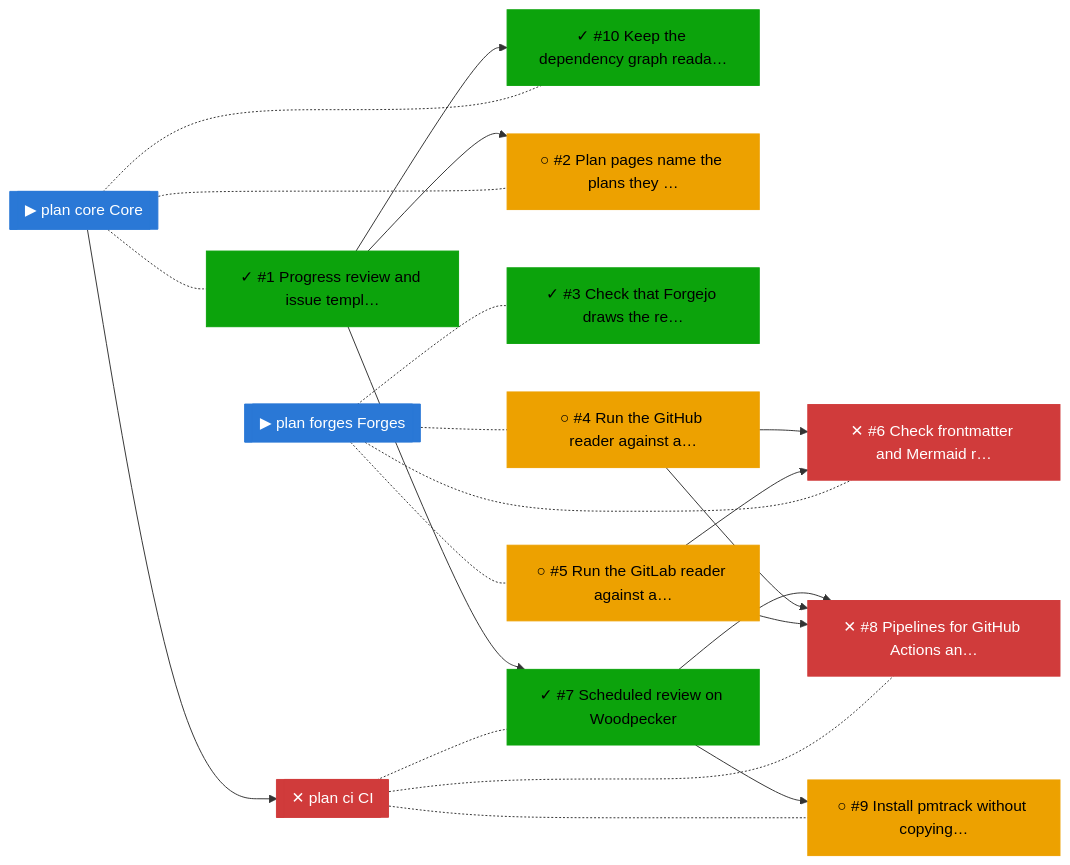
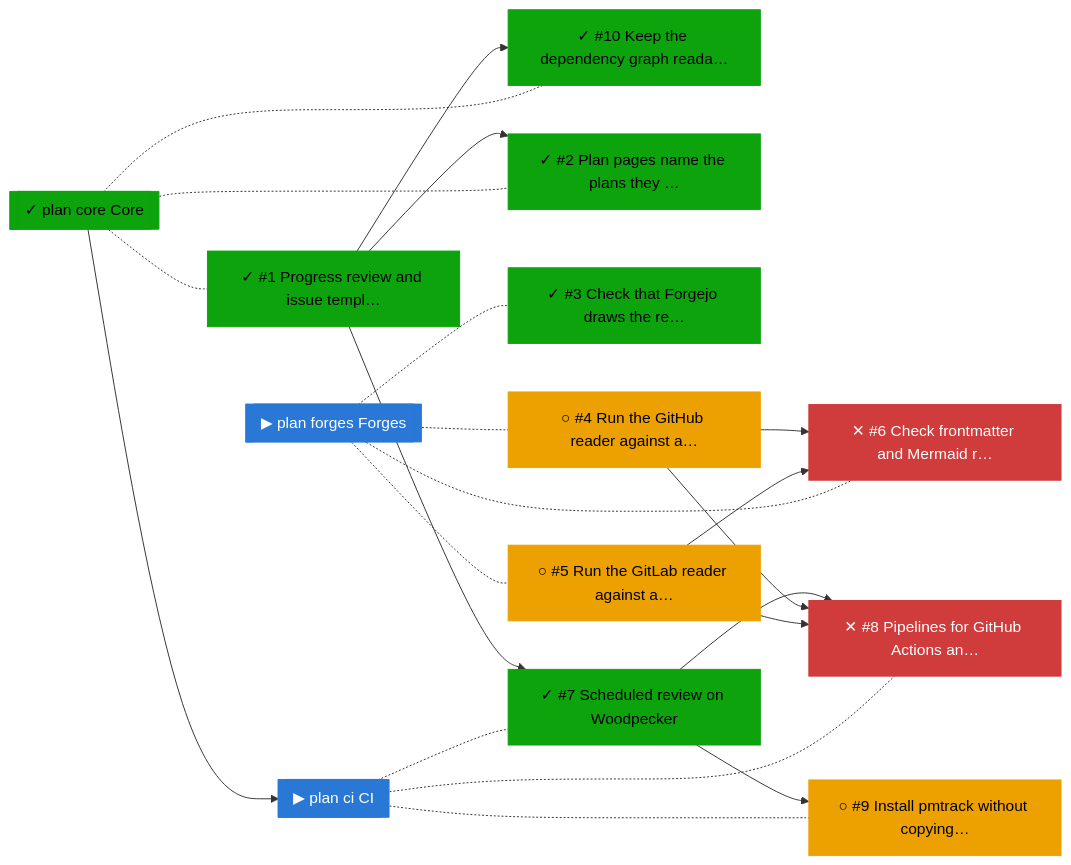
The fourth of 4 diagrams in progress/README.md (bvraghav/pmtrack), drawn with Mermaid before and after one commit. The commit also changed other lines of this file and 5 other files, not shown here.

````diff
--- a/progress/README.md
+++ b/progress/README.md
@@ -78,42 +78,42 @@
 ```mermaid
 flowchart LR
   n0["✓ #1 Progress review and issue templ…"]:::done
   n1["✓ #10 Keep the dependency graph reada…"]:::done
-  n2["○ #2 Plan pages name the plans they …"]:::ready
+  n2["✓ #2 Plan pages name the plans they …"]:::done
   n3["✓ #3 Check that Forgejo draws the re…"]:::done
   n4["○ #4 Run the GitHub reader against a…"]:::ready
   n5["○ #5 Run the GitLab reader against a…"]:::ready
   n6["✕ #6 Check frontmatter and Mermaid r…"]:::blocked
   n7["✓ #7 Scheduled review on Woodpecker"]:::done
   n8["✕ #8 Pipelines for GitHub Actions an…"]:::blocked
   n9["○ #9 Install pmtrack without copying…"]:::ready
-  n10[["✕ plan ci CI"]]:::blocked
-  n11[["▶ plan core Core"]]:::active
+  n10[["▶ plan ci CI"]]:::active
+  n11[["✓ plan core Core"]]:::done
   n12[["▶ plan forges Forges"]]:::active
   n0 --> n1
   n0 --> n2
   n4 --> n6
   n5 --> n6
   n0 --> n7
   n7 --> n8
   n4 --> n8
   n5 --> n8
   n7 --> n9
   n10 -.- n7
   n10 -.- n8
   n10 -.- n9
   n11 --> n10
   n11 -.- n0
   n11 -.- n2
   n11 -.- n1
   n12 -.- n3
   n12 -.- n4
   n12 -.- n5
   n12 -.- n6
   classDef done fill:#0ca30c,color:#000,stroke:#0ca30c
   classDef active fill:#2a78d6,color:#fff,stroke:#2a78d6
   classDef ready fill:#eda100,color:#000,stroke:#eda100
   classDef blocked fill:#d03b3b,color:#fff,stroke:#d03b3b
   classDef unknown fill:#898781,color:#000,stroke:#898781
   classDef dropped fill:#898781,color:#000,stroke:#898781
 ```
````
